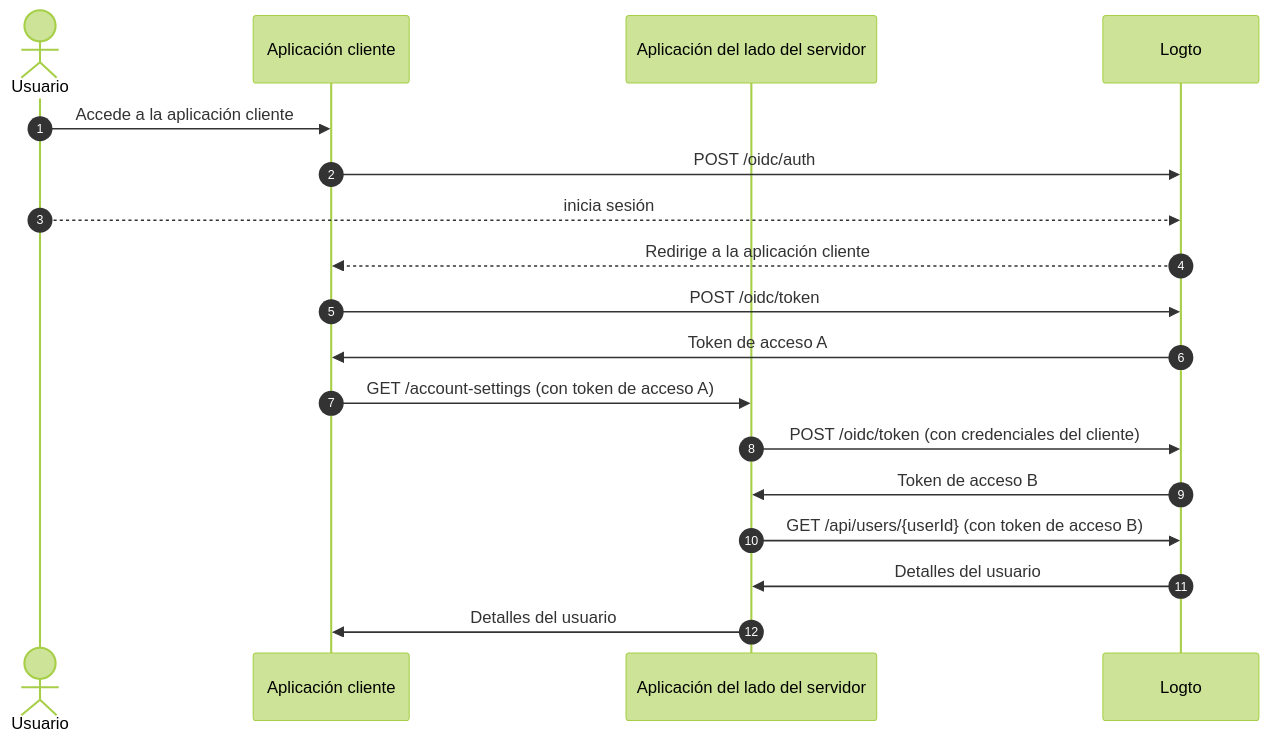
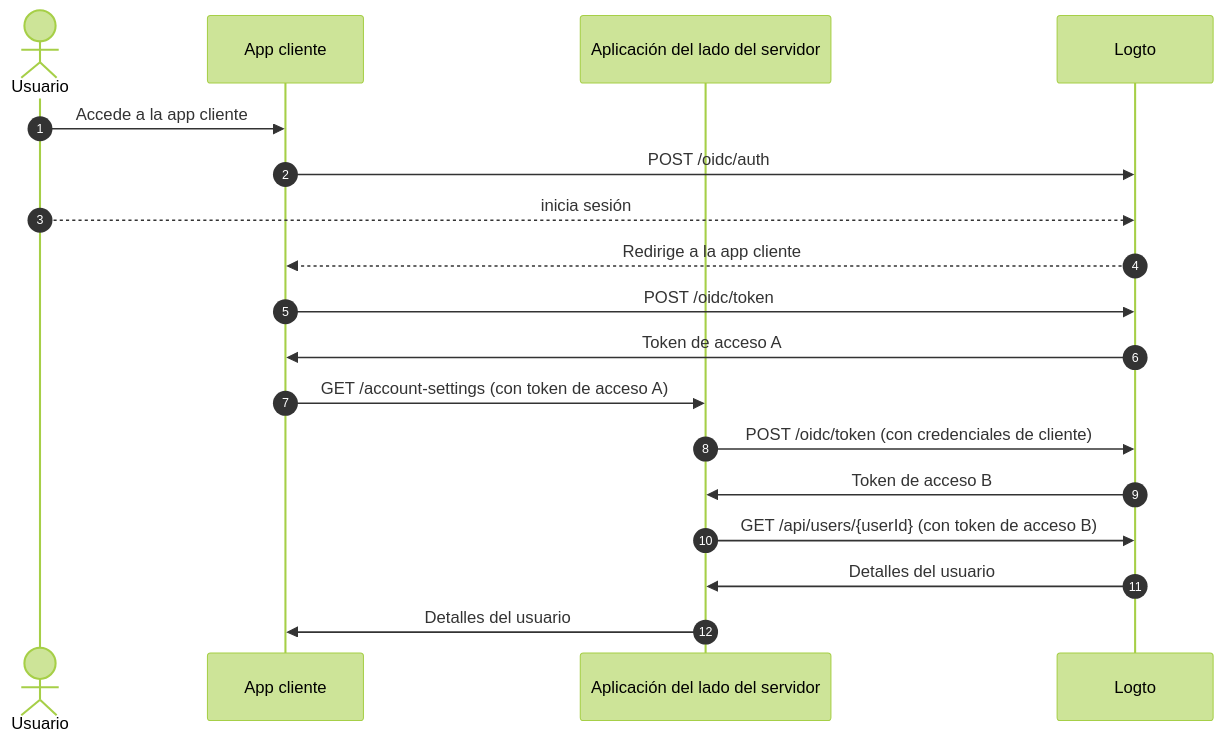
One commit to logto-io/docs changed the second of 3 diagrams in i18n/es/docusaurus-plugin-content-docs/current/end-user-flows/account-settings/by-management-api.mdx. Above: the diagram before and after it, drawn with Mermaid (forest theme). The commit also changed other lines of this file and 35 other files, not shown here.

````diff
--- a/i18n/es/docusaurus-plugin-content-docs/current/end-user-flows/account-settings/by-management-api.mdx
+++ b/i18n/es/docusaurus-plugin-content-docs/current/end-user-flows/account-settings/by-management-api.mdx
@@ -27,21 +27,21 @@
 ```mermaid
   sequenceDiagram
     autonumber
     actor User as Usuario
-    participant Client as Aplicación cliente
+    participant Client as App cliente
     participant Server as Aplicación del lado del servidor
     participant Logto as Logto
 
-    User ->> Client: Accede a la aplicación cliente
+    User ->> Client: Accede a la app cliente
     Client ->> Logto: POST /oidc/auth
     User -->> Logto: inicia sesión
-    Logto -->> Client: Redirige a la aplicación cliente
+    Logto -->> Client: Redirige a la app cliente
     Client ->> Logto: POST /oidc/token
     Logto ->> Client: Token de acceso A
     Client ->> Server: GET /account-settings (con token de acceso A)
-    Server ->> Logto: POST /oidc/token (con credenciales del cliente)
+    Server ->> Logto: POST /oidc/token (con credenciales de cliente)
     Logto ->> Server: Token de acceso B
     Server ->> Logto: GET /api/users/{userId} (con token de acceso B)
     Logto ->> Server: Detalles del usuario
     Server ->> Client: Detalles del usuario
 ```
````
